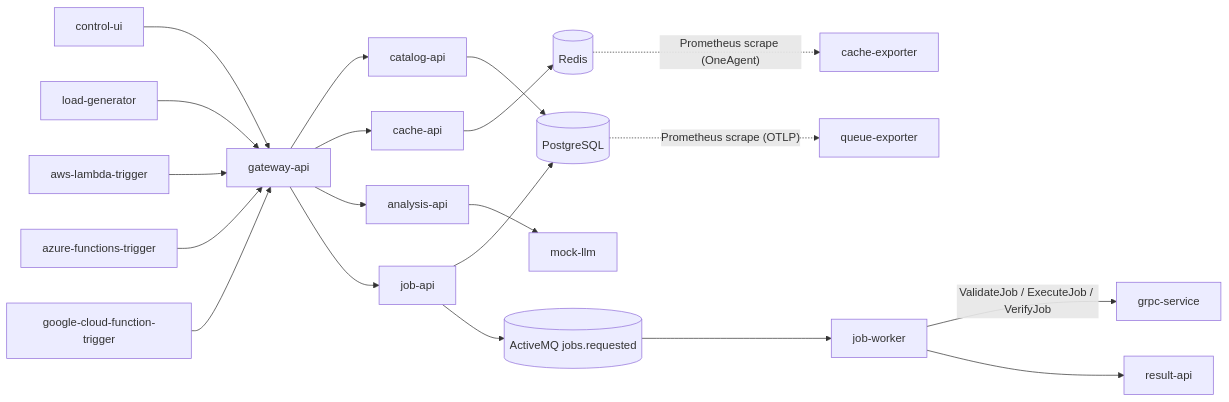
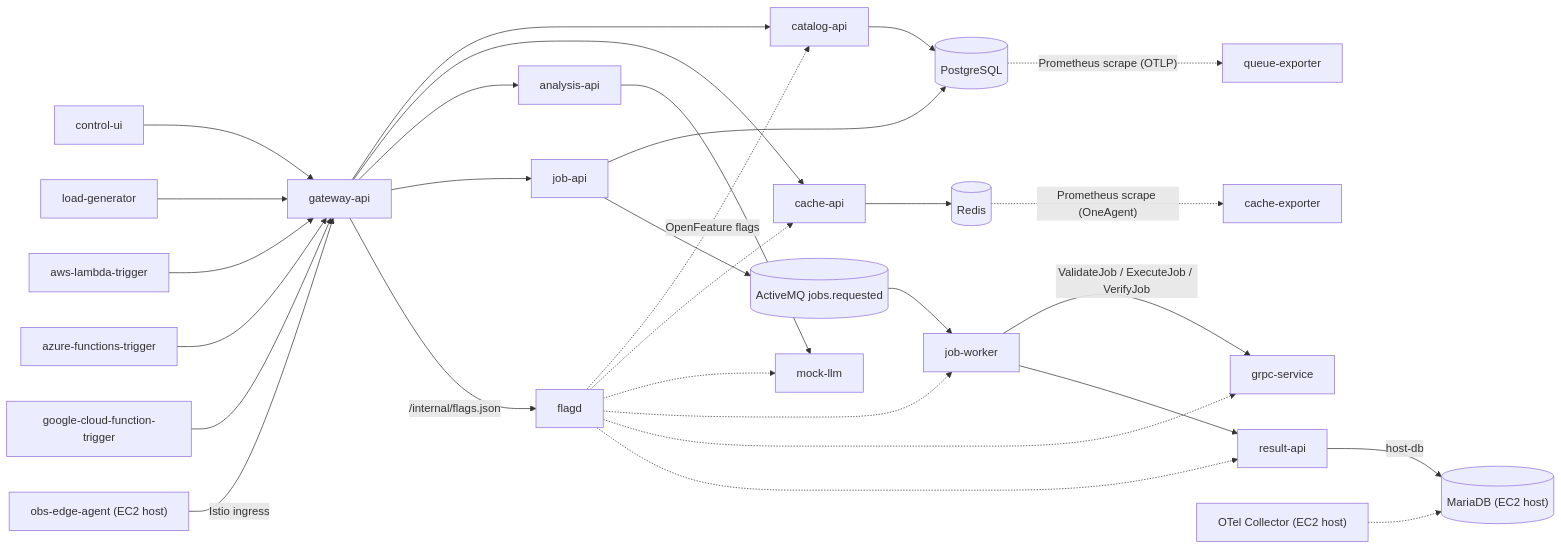
One commit to tristanmarl/obs-demo changed the diagram in README.md. Above: the diagram before and after it, drawn with Mermaid. The commit also changed other lines of this file and 2 other files, not shown here.

````diff
--- a/README.md
+++ b/README.md
@@ -7,19 +14,29 @@
 ```mermaid
 flowchart LR
   control["control-ui"] --> gateway["gateway-api"]
   load["load-generator"] --> gateway
   aws["aws-lambda-trigger"] --> gateway
   azure["azure-functions-trigger"] --> gateway
   google["google-cloud-function-trigger"] --> gateway
   gateway --> catalog["catalog-api"] --> postgres[("PostgreSQL")]
   gateway --> cache["cache-api"] --> redis[("Redis")]
   gateway --> analysis["analysis-api"] --> llm["mock-llm"]
   gateway --> job["job-api"]
   job --> postgres
   job --> broker[("ActiveMQ jobs.requested")]
   broker --> worker["job-worker"]
   worker -->|"ValidateJob / ExecuteJob / VerifyJob"| grpc["grpc-service"]
   worker --> result["result-api"]
+  gateway -->|"/internal/flags.json"| flagd["flagd"]
+  flagd -.->|"OpenFeature flags"| catalog
+  flagd -.-> cache
+  flagd -.-> llm
+  flagd -.-> worker
+  flagd -.-> grpc
+  flagd -.-> result
   redis -.->|"Prometheus scrape (OneAgent)"| cexp["cache-exporter"]
   postgres -.->|"Prometheus scrape (OTLP)"| qexp["queue-exporter"]
+  edge["obs-edge-agent (EC2 host)"] -->|"Istio ingress"| gateway
+  result -->|"host-db"| hostdb[("MariaDB (EC2 host)")]
+  hcol["OTel Collector (EC2 host)"] -.-> hostdb
 ```
````
